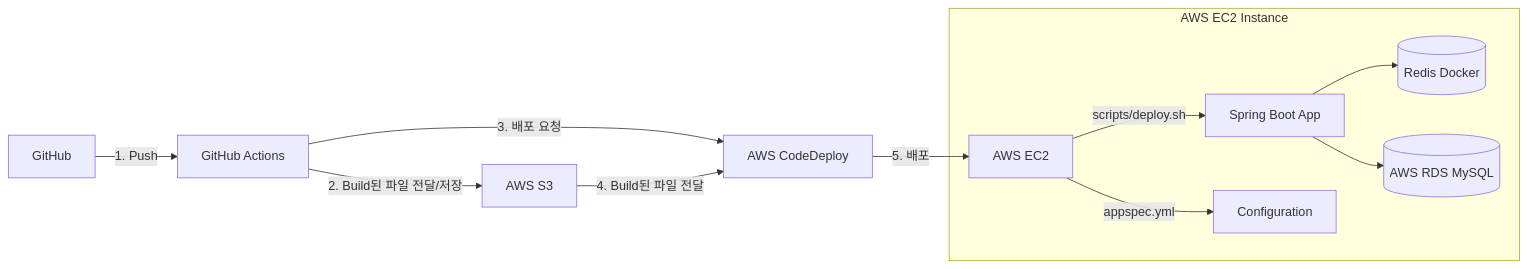
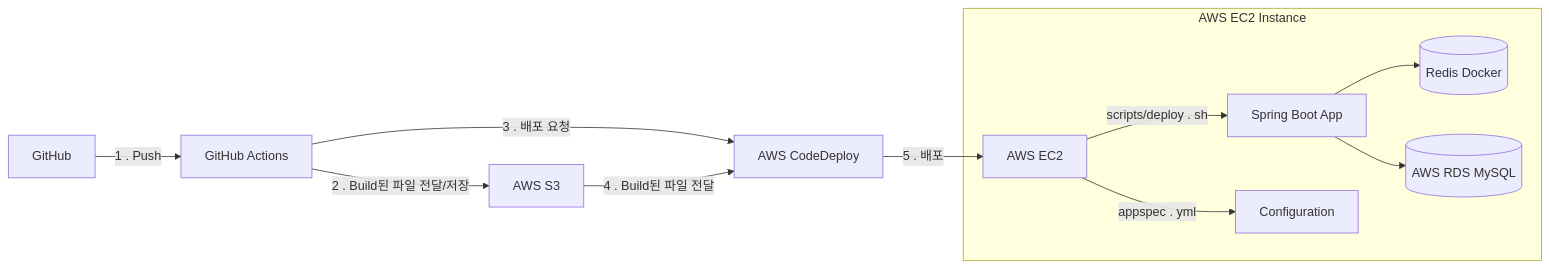
One commit to zeonzyeon/commerce_InterStory changed the diagram in README.md. Above: the diagram before and after it, drawn with Mermaid. The commit also changed other lines of this file, not shown here.

````diff
--- a/README.md
+++ b/README.md
@@ -92,17 +90,17 @@
 ```mermaid
 
 graph LR
-    Git[GitHub] -->|1. Push| Actions[GitHub Actions]
-    Actions -->|2. Build된 파일 전달/저장| S3[AWS S3]
-    Actions -->|3. 배포 요청| CodeDeploy[AWS CodeDeploy]
-    S3 -->|4. Build된 파일 전달| CodeDeploy
-    CodeDeploy -->|5. 배포| EC2[AWS EC2]
-    
+    Git[GitHub] -->|1 . Push| Actions[GitHub Actions]
+    Actions -->|2 . Build된 파일 전달/저장| S3[AWS S3]
+    Actions -->|3 . 배포 요청| CodeDeploy[AWS CodeDeploy]
+    S3 -->|4 . Build된 파일 전달| CodeDeploy
+    CodeDeploy -->|5 . 배포| EC2[AWS EC2]
+
     subgraph AWS EC2 Instance
-        EC2 -->|scripts/deploy.sh| Spring[Spring Boot App]
-        EC2 -->|appspec.yml| Config[Configuration]
+        EC2 -->|scripts/deploy . sh| Spring[Spring Boot App]
+        EC2 -->|appspec . yml| Config[Configuration]
         Spring --> Redis[(Redis Docker)]
         Spring --> RDS[(AWS RDS MySQL)]
     end
 
 ```
````
